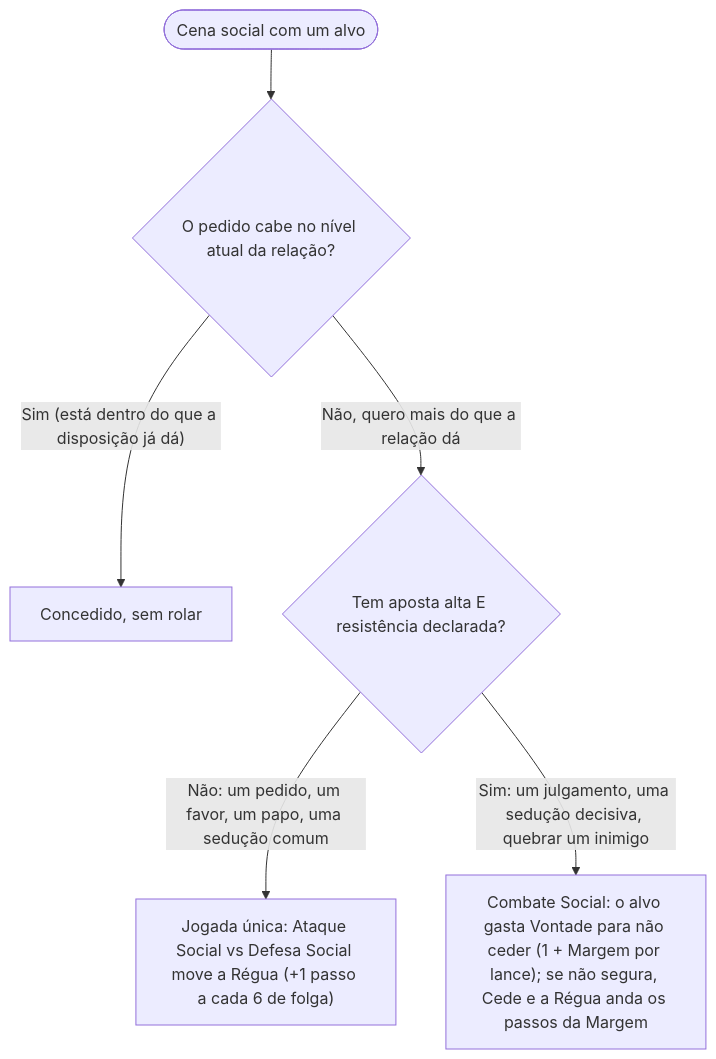
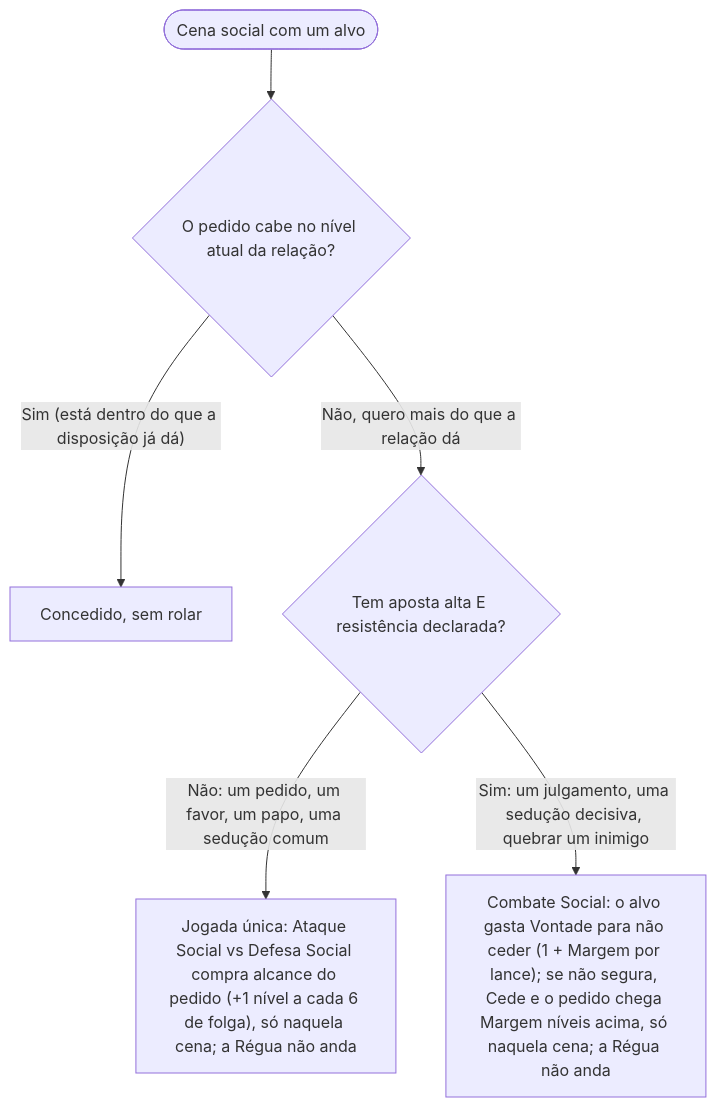
Before and after one commit to f-neves/centelha-rpg: the fourth of 6 diagrams in src/content/chapters/qual-sistema.md, drawn with Mermaid. The commit also changed other lines of this file and 2 other files, not shown here.

Commit message:
Tira do roteador social e da pagina do Mestre a regra que o lote de 19/09 revogou
Para quem abrir a mesa amanha: o fluxograma 'Regua de Relacao ou Combate Social?' e a nota da pagina /mestre ainda diziam que a jogada unica move a regua. Nao move: a cena com dados compra ALCANCE do pedido (+1 nivel a cada 6 de folga) e vale so naquela cena; quem move a regua sao os atos e o cortejo com calma. Nao depende de migracao.

O src/data/diagramas.json entra junto porque e o cache dos fluxogramas desenhados no build, com chave de hash do codigo mermaid: mudei o mermaid, redesenhei com scripts/gen-mermaid.mjs (6 diagramas, exit 0). CORRIGE 6 e 7 do veredito da rodada 85.

````diff
--- a/src/content/chapters/qual-sistema.md
+++ b/src/content/chapters/qual-sistema.md
@@ -68,8 +68,8 @@
 ```mermaid
 flowchart TD
   R(["Cena social com um alvo"]) --> R1{"O pedido cabe no nível atual da relação?"}
   R1 -->|"Sim (está dentro do que a disposição já dá)"| RFree["Concedido, sem rolar"]
   R1 -->|"Não, quero mais do que a relação dá"| R2{"Tem aposta alta E resistência declarada?"}
-  R2 -->|"Não: um pedido, um favor, um papo, uma sedução comum"| RJ["Jogada única: Ataque Social vs Defesa Social move a Régua (+1 passo a cada 6 de folga)"]
-  R2 -->|"Sim: um julgamento, uma sedução decisiva, quebrar um inimigo"| RC["Combate Social: o alvo gasta Vontade para não ceder (1 + Margem por lance); se não segura, Cede e a Régua anda os passos da Margem"]
+  R2 -->|"Não: um pedido, um favor, um papo, uma sedução comum"| RJ["Jogada única: Ataque Social vs Defesa Social compra alcance do pedido (+1 nível a cada 6 de folga), só naquela cena; a Régua não anda"]
+  R2 -->|"Sim: um julgamento, uma sedução decisiva, quebrar um inimigo"| RC["Combate Social: o alvo gasta Vontade para não ceder (1 + Margem por lance); se não segura, Cede e o pedido chega Margem níveis acima, só naquela cena; a Régua não anda"]
 ```
````
